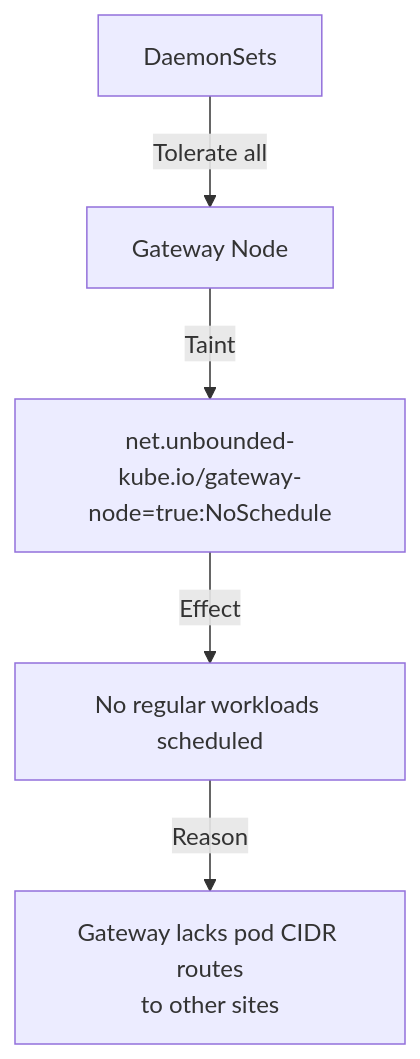
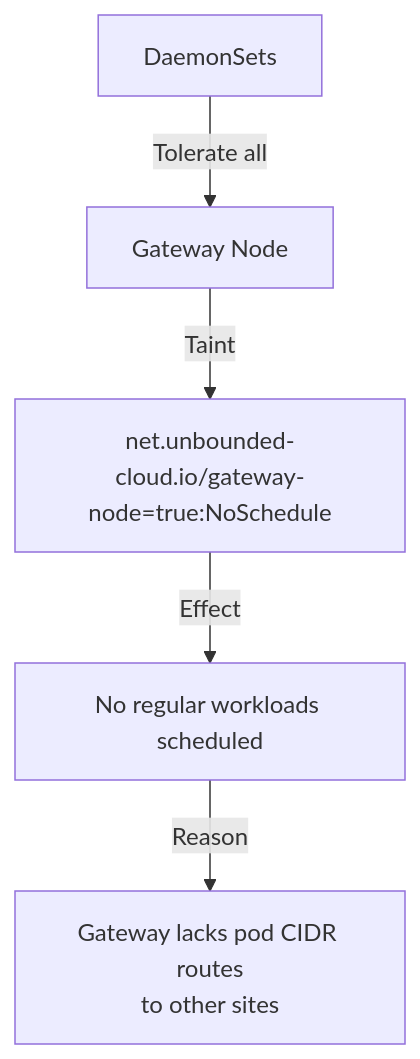
Diagram 18 of 22 in docs/net/architecture.md (Azure/unbounded), drawn with Mermaid before and after one commit. The commit also changed 104 other files, not shown here.

First line of the commit message:
Rename CRD group from unbounded-kube.io to unbounded-cloud.io (#80)

````diff
--- a/docs/net/architecture.md
+++ b/docs/net/architecture.md
@@ -661,8 +661,8 @@
 ```mermaid
 graph TD
-    GN[Gateway Node] -->|Taint| T1["net.unbounded-kube.io/gateway-node=true:NoSchedule"]
+    GN[Gateway Node] -->|Taint| T1["net.unbounded-cloud.io/gateway-node=true:NoSchedule"]
     T1 -->|Effect| E1[No regular workloads scheduled]
     E1 -->|Reason| R1[Gateway lacks pod CIDR routes<br/>to other sites]
 
     DaemonSets -->|Tolerate all| GN
 ```
````
